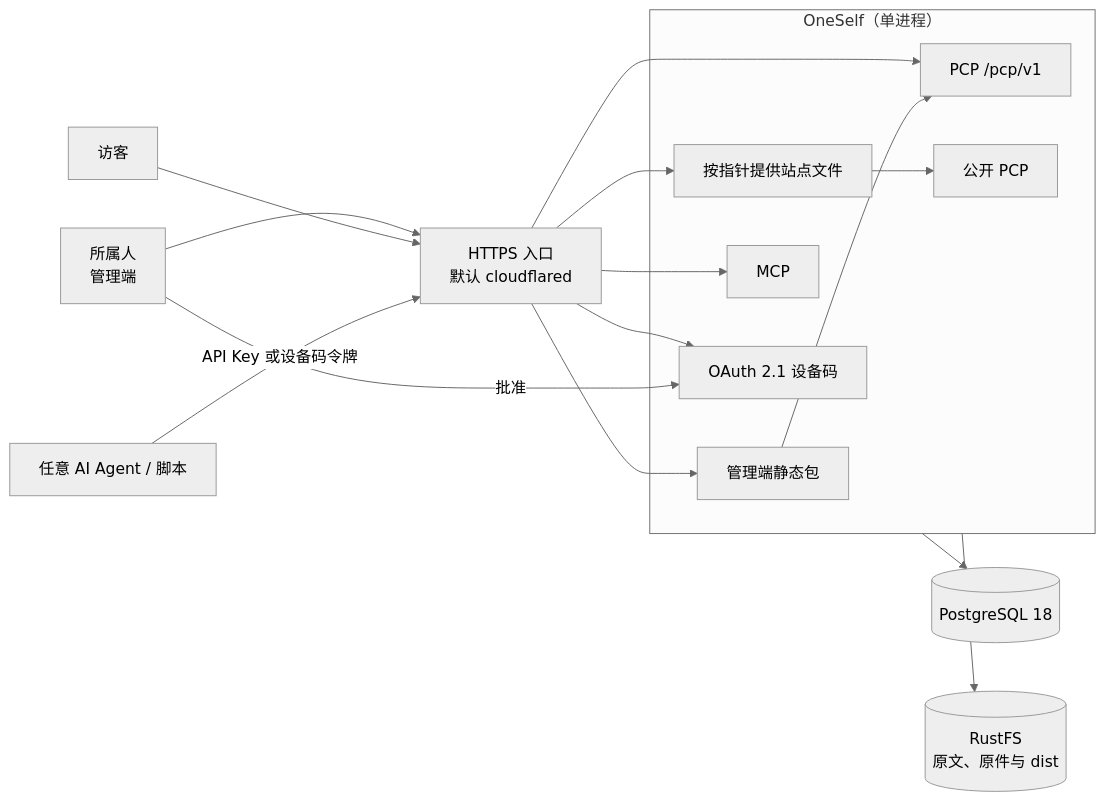
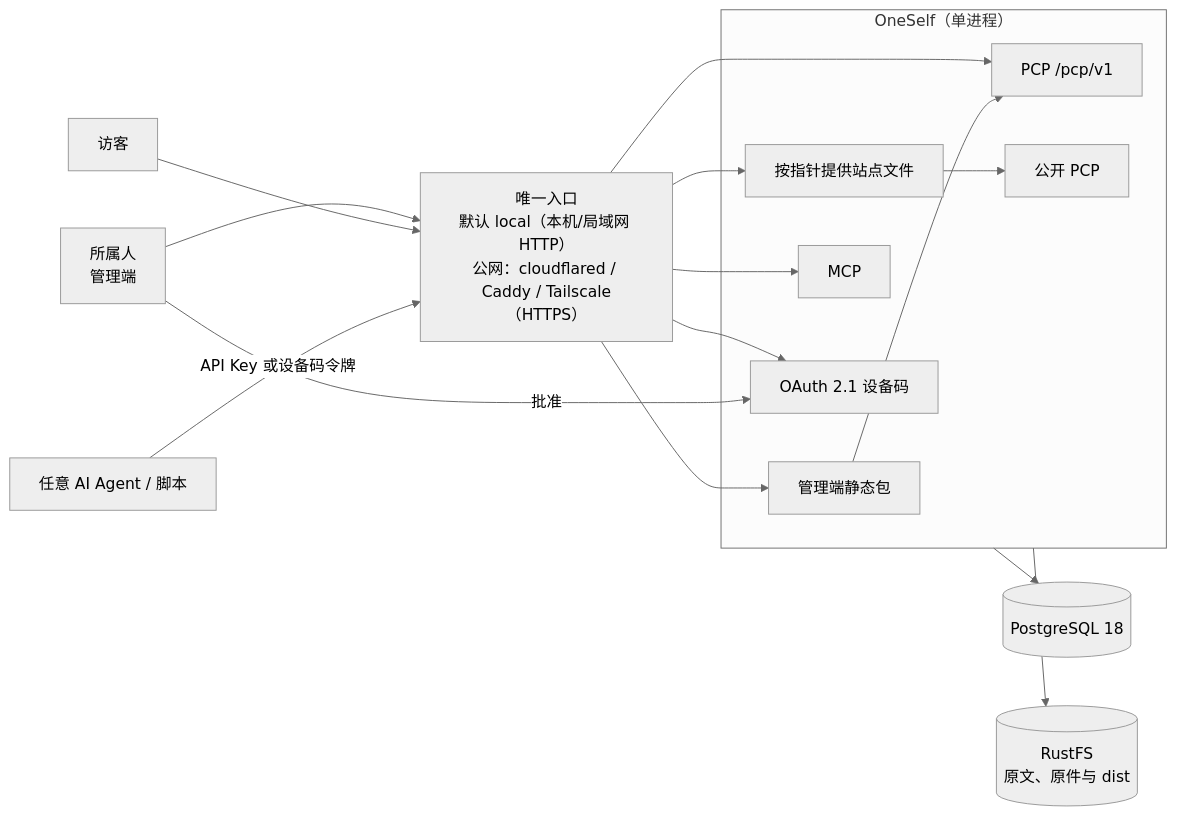
The first of 2 diagrams in docs/ARCHITECTURE.md (ptonlix/OneSelf), drawn with Mermaid (neutral theme) before and after one commit. The commit also changed other lines of this file and 25 other files, not shown here.

````diff
--- a/docs/ARCHITECTURE.md
+++ b/docs/ARCHITECTURE.md
@@ -49,31 +49,31 @@
 ```mermaid
 flowchart LR
     Owner["所属人<br/>管理端"]
     Visitor["访客"]
     Agent["任意 AI Agent / 脚本"]
-    Front["HTTPS 入口<br/>默认 cloudflared"]
+    Front["唯一入口<br/>默认 local（本机/局域网 HTTP）<br/>公网：cloudflared / Caddy / Tailscale（HTTPS）"]
 
     subgraph App["OneSelf（单进程）"]
         Admin["管理端静态包"]
         Sites["按指针提供站点文件"]
         API["PCP /pcp/v1"]
         Public["公开 PCP"]
         MCP["MCP"]
         OAuth["OAuth 2.1 设备码"]
     end
 
     Owner --> Front
     Visitor --> Front
     Agent -->|API Key 或设备码令牌| Front
     Front --> Admin
     Front --> Sites
     Front --> API
     Front --> MCP
     Front --> OAuth
     Admin --> API
     Sites --> Public
     Owner -->|批准| OAuth
 
     App --> PG[("PostgreSQL 18")]
     App --> Blob[("RustFS<br/>原文、原件与 dist")]
 ```
````
